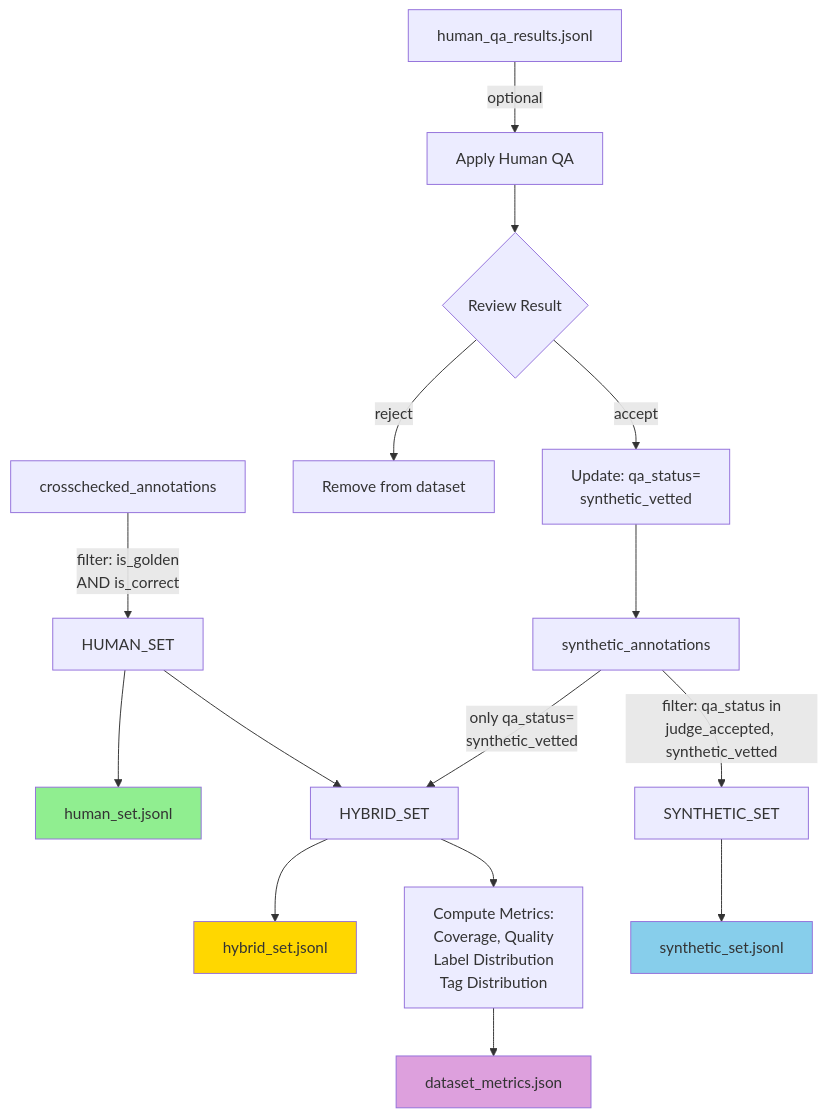
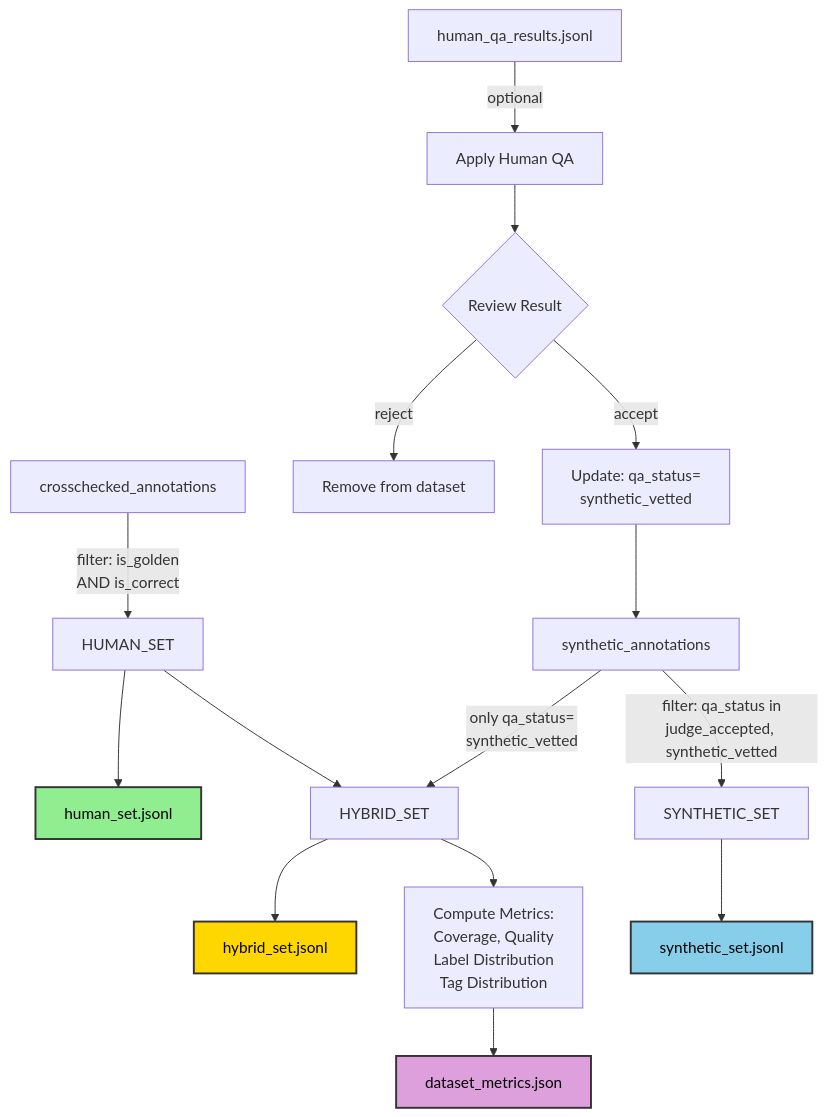
The tenth of 15 diagrams in ARCHITECTURE.md (arteaga-uux/Edge-Case-Annotator-Agent), drawn with Mermaid before and after one commit. The commit also changed other lines of this file and 1 other file, not shown here.

````diff
--- a/ARCHITECTURE.md
+++ b/ARCHITECTURE.md
@@ -322,29 +322,29 @@
 ```mermaid
 graph TD
     A[crosschecked_annotations] -->|filter: is_golden<br/>AND is_correct| B[HUMAN_SET]
     
     C[synthetic_annotations] -->|filter: qa_status in<br/>judge_accepted, synthetic_vetted| D[SYNTHETIC_SET]
     
     E[human_qa_results.jsonl] -->|optional| F[Apply Human QA]
     
     F --> G{Review Result}
     G -->|accept| H[Update: qa_status=<br/>synthetic_vetted]
     G -->|reject| I[Remove from dataset]
     
     H --> C
     
     B --> J[HYBRID_SET]
     C -->|only qa_status=<br/>synthetic_vetted| J
     
     J --> K[Compute Metrics:<br/>Coverage, Quality<br/>Label Distribution<br/>Tag Distribution]
     
     B --> L[human_set.jsonl]
     D --> M[synthetic_set.jsonl]
     J --> N[hybrid_set.jsonl]
     K --> O[dataset_metrics.json]
     
-    style L fill:#90EE90
-    style M fill:#87CEEB
-    style N fill:#FFD700
-    style O fill:#DDA0DD
+    style L fill:#90EE90,stroke:#333,stroke-width:2px,color:#000
+    style M fill:#87CEEB,stroke:#333,stroke-width:2px,color:#000
+    style N fill:#FFD700,stroke:#333,stroke-width:2px,color:#000
+    style O fill:#DDA0DD,stroke:#333,stroke-width:2px,color:#000
 ```
````
